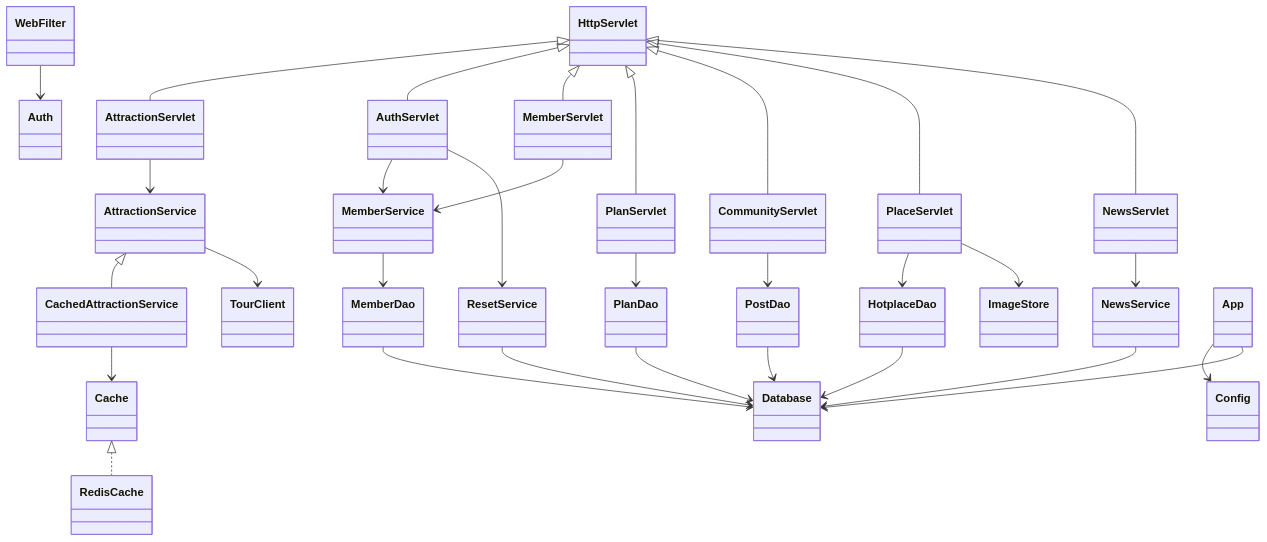
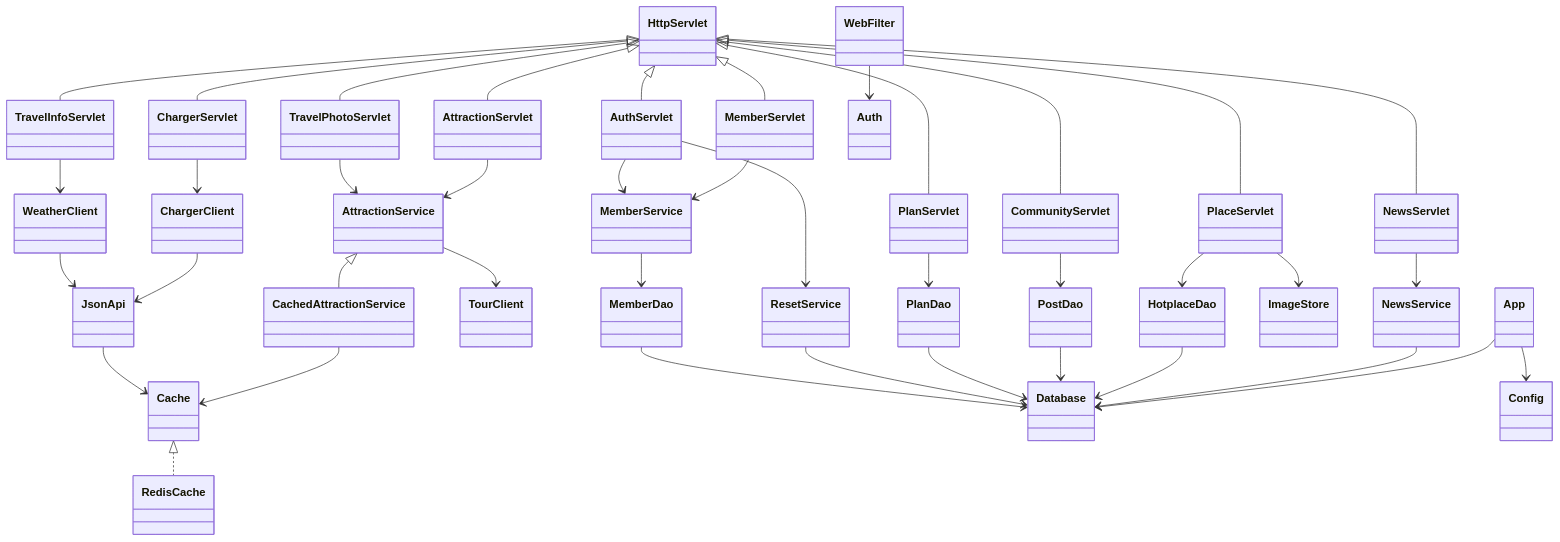
One commit to js05157/enjoytrip-portfolio changed the first of 2 diagrams in docs/architecture.md. Above: the diagram before and after it, drawn with Mermaid. The commit also changed 7 other files, not shown here.

````diff
--- a/docs/architecture.md
+++ b/docs/architecture.md
@@ -3,33 +3,42 @@
 ```mermaid
 classDiagram
     HttpServlet <|-- AttractionServlet
     HttpServlet <|-- AuthServlet
     HttpServlet <|-- MemberServlet
     HttpServlet <|-- PlanServlet
     HttpServlet <|-- CommunityServlet
     HttpServlet <|-- PlaceServlet
+    HttpServlet <|-- TravelInfoServlet
+    HttpServlet <|-- TravelPhotoServlet
+    HttpServlet <|-- ChargerServlet
+    TravelInfoServlet --> WeatherClient
+    TravelPhotoServlet --> AttractionService
+    ChargerServlet --> ChargerClient
+    WeatherClient --> JsonApi
+    ChargerClient --> JsonApi
+    JsonApi --> Cache
     HttpServlet <|-- NewsServlet
     AttractionServlet --> AttractionService
     AttractionService <|-- CachedAttractionService
     CachedAttractionService --> Cache
     Cache <|.. RedisCache
     AttractionService --> TourClient
     AuthServlet --> MemberService
     AuthServlet --> ResetService
     MemberServlet --> MemberService
     MemberService --> MemberDao
     PlanServlet --> PlanDao
     CommunityServlet --> PostDao
     PlaceServlet --> HotplaceDao
     PlaceServlet --> ImageStore
     NewsServlet --> NewsService
     MemberDao --> Database
     ResetService --> Database
     PlanDao --> Database
     PostDao --> Database
     HotplaceDao --> Database
     NewsService --> Database
     App --> Config
     App --> Database
     WebFilter --> Auth
 ```
````
